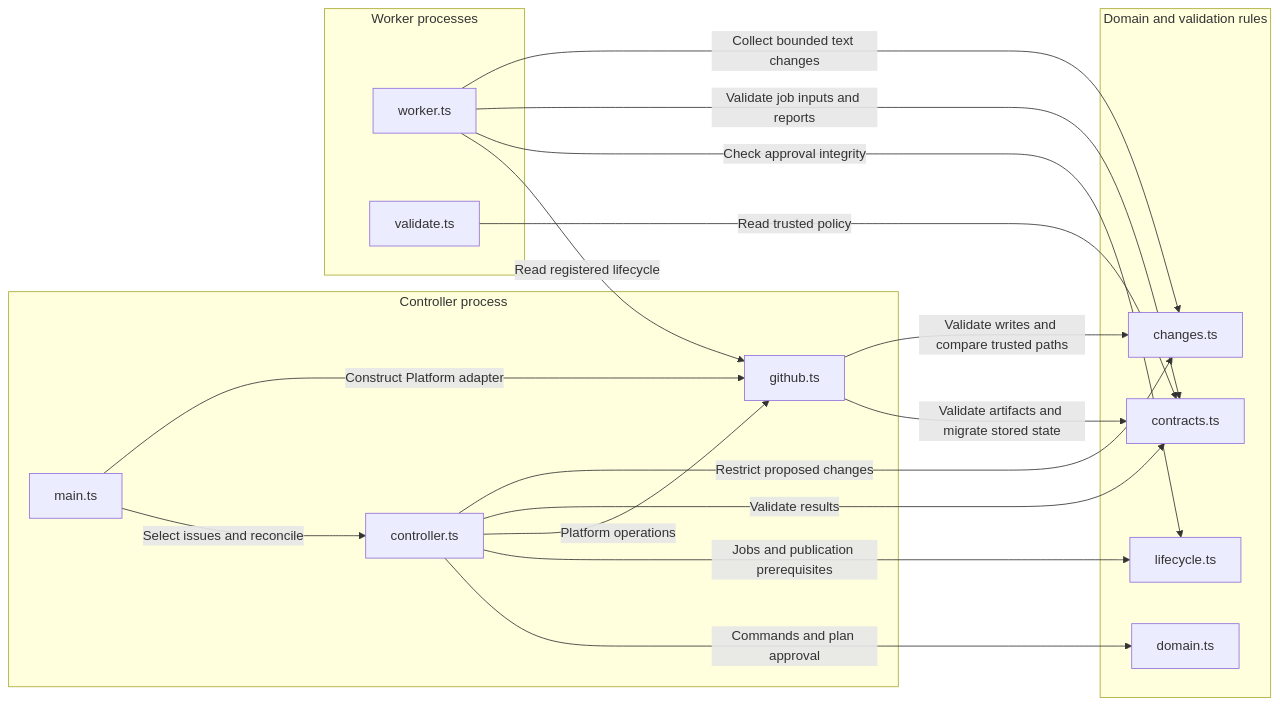
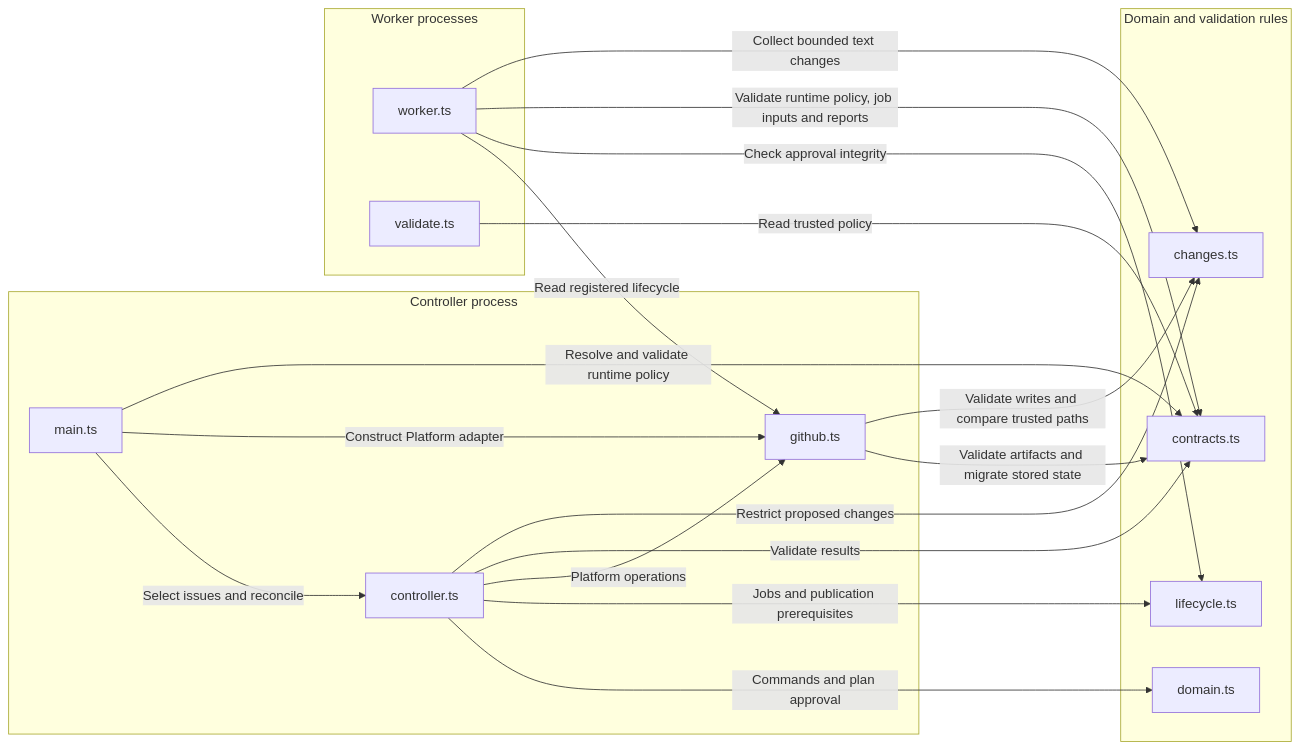
Before and after one commit to dav1dc-cs-test-org/agentic-sdlc-prototype: the seventh of 7 diagrams in docs/architecture.md, drawn with Mermaid. The commit also changed other lines of this file and 21 other files, not shown here.

````diff
--- a/docs/architecture.md
+++ b/docs/architecture.md
@@ -536,32 +604,33 @@
 ```mermaid
 flowchart LR
     subgraph ComponentControl["Controller process"]
         ComponentMain["main.ts"]
         ComponentController["controller.ts"]
         ComponentGitHub["github.ts"]
     end
     subgraph ComponentRules["Domain and validation rules"]
         ComponentDomain["domain.ts"]
         ComponentLifecycle["lifecycle.ts"]
         ComponentContracts["contracts.ts"]
         ComponentChanges["changes.ts"]
     end
     subgraph ComponentExecution["Worker processes"]
         ComponentWorker["worker.ts"]
         ComponentValidate["validate.ts"]
     end
     ComponentMain -->|"Select issues and reconcile"| ComponentController
     ComponentMain -->|"Construct Platform adapter"| ComponentGitHub
+    ComponentMain -->|"Resolve and validate runtime policy"| ComponentContracts
     ComponentController -->|"Commands and plan approval"| ComponentDomain
     ComponentController -->|"Jobs and publication prerequisites"| ComponentLifecycle
     ComponentController -->|"Platform operations"| ComponentGitHub
     ComponentController -->|"Validate results"| ComponentContracts
     ComponentController -->|"Restrict proposed changes"| ComponentChanges
     ComponentGitHub -->|"Validate artifacts and migrate stored state"| ComponentContracts
     ComponentGitHub -->|"Validate writes and compare trusted paths"| ComponentChanges
     ComponentWorker -->|"Read registered lifecycle"| ComponentGitHub
     ComponentWorker -->|"Check approval integrity"| ComponentLifecycle
-    ComponentWorker -->|"Validate job inputs and reports"| ComponentContracts
+    ComponentWorker -->|"Validate runtime policy, job inputs and reports"| ComponentContracts
     ComponentWorker -->|"Collect bounded text changes"| ComponentChanges
     ComponentValidate -->|"Read trusted policy"| ComponentContracts
 ```
````
